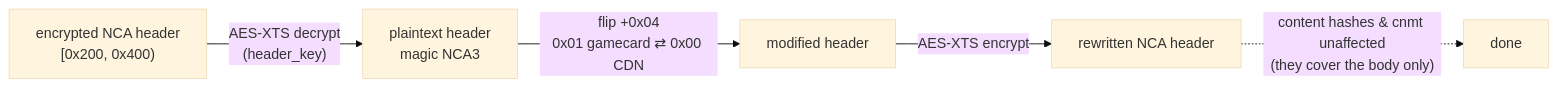
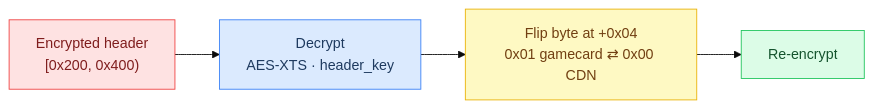
The second of 2 diagrams in README.md (kyungw00k/nxconvert), drawn with Mermaid (base theme) before and after one commit. The commit also changed other lines of this file, not shown here.

Commit message:
docs: clearer mermaid diagrams with colored stages

````diff
--- a/README.md
+++ b/README.md
@@ -48,7 +45,11 @@
 ```mermaid
 flowchart LR
-    A["encrypted NCA header<br/>[0x200, 0x400)"] -- "AES-XTS decrypt<br/>(header_key)" --> B["plaintext header<br/>magic NCA3"]
-    B -- "flip +0x04<br/>0x01 gamecard ⇄ 0x00 CDN" --> C["modified header"]
-    C -- "AES-XTS encrypt" --> D["rewritten NCA header"]
-    D -. "content hashes &amp; cnmt unaffected<br/>(they cover the body only)" .-> E["done"]
+    A["Encrypted header<br/>[0x200, 0x400)"] --> B["Decrypt<br/>AES-XTS · header_key"]
+    B --> C["Flip byte at +0x04<br/>0x01 gamecard ⇄ 0x00 CDN"]
+    C --> D["Re-encrypt"]
+
+    style A fill:#fee2e2,stroke:#ef4444,color:#7f1d1d
+    style B fill:#dbeafe,stroke:#3b82f6,color:#1e3a5f
+    style C fill:#fef9c3,stroke:#eab308,color:#713f12
+    style D fill:#dcfce7,stroke:#22c55e,color:#14532d
 ```
````
